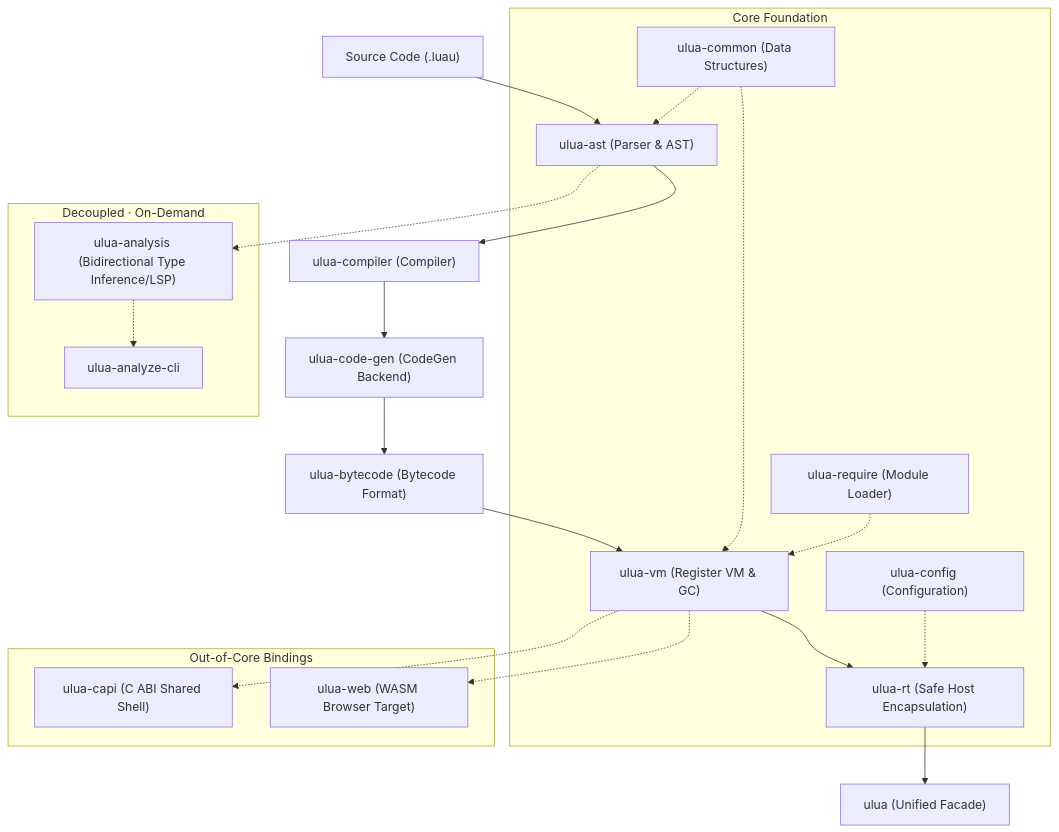
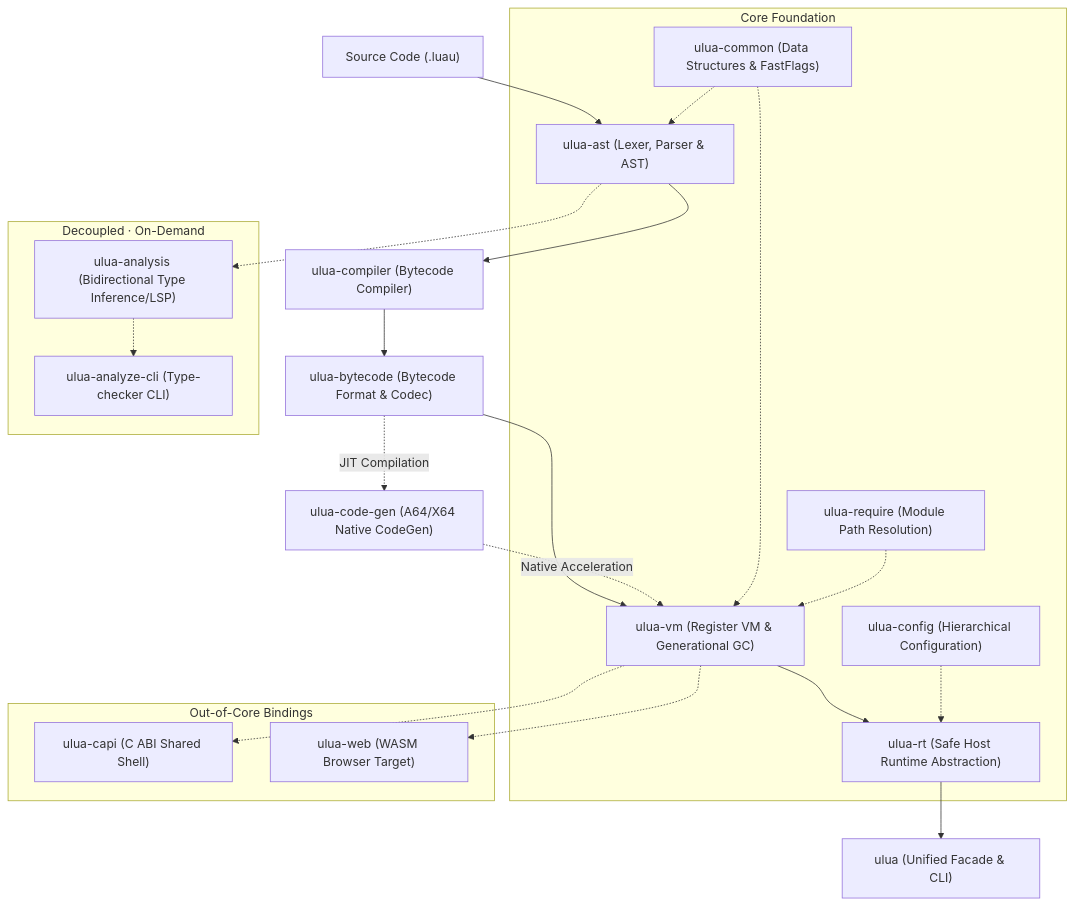
Before and after one commit to webc-site/ulua: the diagram in README.md, drawn with Mermaid. The commit also changed other lines of this file and 2 other files, not shown here.

````diff
--- a/README.md
+++ b/README.md
@@ -418,27 +398,28 @@
 ```mermaid
 graph TD
-  Source["Source Code (.luau)"] --> AST["ulua-ast (Parser & AST)"]
-  AST --> Compiler["ulua-compiler (Compiler)"]
-  Compiler --> CodeGen["ulua-code-gen (CodeGen Backend)"]
-  CodeGen --> Bytecode["ulua-bytecode (Bytecode Format)"]
-  Bytecode --> VM["ulua-vm (Register VM & GC)"]
-  VM --> RT["ulua-rt (Safe Host Encapsulation)"]
-  RT --> Umbrella["ulua (Unified Facade)"]
+  Source["Source Code (.luau)"] --> AST["ulua-ast (Lexer, Parser & AST)"]
+  AST --> Compiler["ulua-compiler (Bytecode Compiler)"]
+  Compiler --> Bytecode["ulua-bytecode (Bytecode Format & Codec)"]
+  Bytecode --> VM["ulua-vm (Register VM & Generational GC)"]
+  Bytecode -. JIT Compilation .-> CodeGen["ulua-code-gen (A64/X64 Native CodeGen)"]
+  CodeGen -. Native Acceleration .-> VM
+  VM --> RT["ulua-rt (Safe Host Runtime Abstraction)"]
+  RT --> Umbrella["ulua (Unified Facade & CLI)"]
 
   subgraph Core Foundation
-    Common["ulua-common (Data Structures)"] -.-> AST
+    Common["ulua-common (Data Structures & FastFlags)"] -.-> AST
     Common -.-> VM
-    Config["ulua-config (Configuration)"] -.-> RT
-    Require["ulua-require (Module Loader)"] -.-> VM
+    Config["ulua-config (Hierarchical Configuration)"] -.-> RT
+    Require["ulua-require (Module Path Resolution)"] -.-> VM
   end
 
   subgraph Out-of-Core Analysis & Tooling [Decoupled · On-Demand]
     AST -.-> Analysis["ulua-analysis (Bidirectional Type Inference/LSP)"]
-    Analysis -.-> CLI_Analyze["ulua-analyze-cli"]
+    Analysis -.-> CLI_Analyze["ulua-analyze-cli (Type-checker CLI)"]
   end
 
   subgraph Out-of-Core Bindings
     VM -.-> CAPI["ulua-capi (C ABI Shared Shell)"]
     VM -.-> Web["ulua-web (WASM Browser Target)"]
   end
 ```
````
